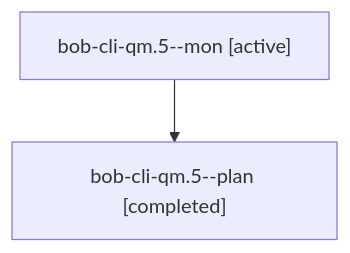
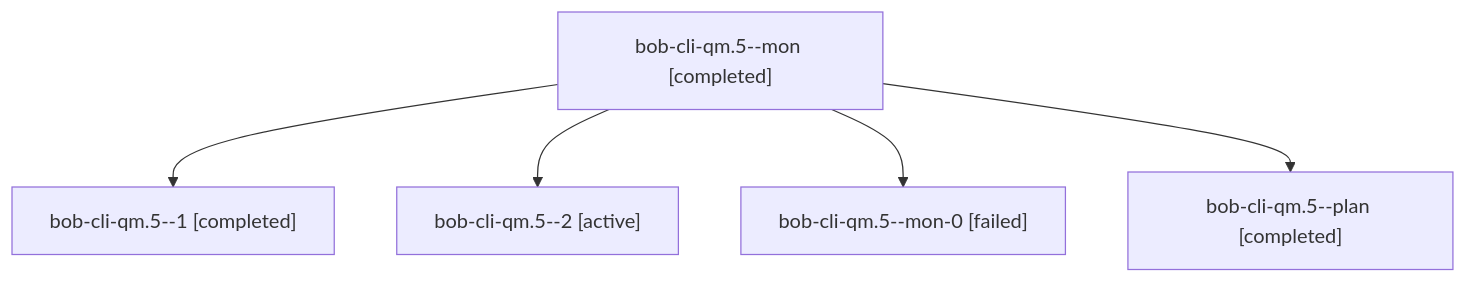
The diagram in sessions/bbugyi200.athena.bob-cli-qm.5.md (bobs-org/bob-cli--agents), drawn with Mermaid before and after one commit. The commit also changed other lines of this file and 52 other files, not shown here.

````diff
--- a/sessions/bbugyi200.athena.bob-cli-qm.5.md
+++ b/sessions/bbugyi200.athena.bob-cli-qm.5.md
@@ -9,6 +9,12 @@
 ```mermaid
 flowchart TD
-  n0["bob-cli-qm.5--mon [active]"]
-  n1["bob-cli-qm.5--plan [completed]"]
+  n0["bob-cli-qm.5--mon [completed]"]
+  n1["bob-cli-qm.5--1 [completed]"]
   n0 --> n1
+  n2["bob-cli-qm.5--2 [active]"]
+  n0 --> n2
+  n3["bob-cli-qm.5--mon-0 [failed]"]
+  n0 --> n3
+  n4["bob-cli-qm.5--plan [completed]"]
+  n0 --> n4
 ```
````
